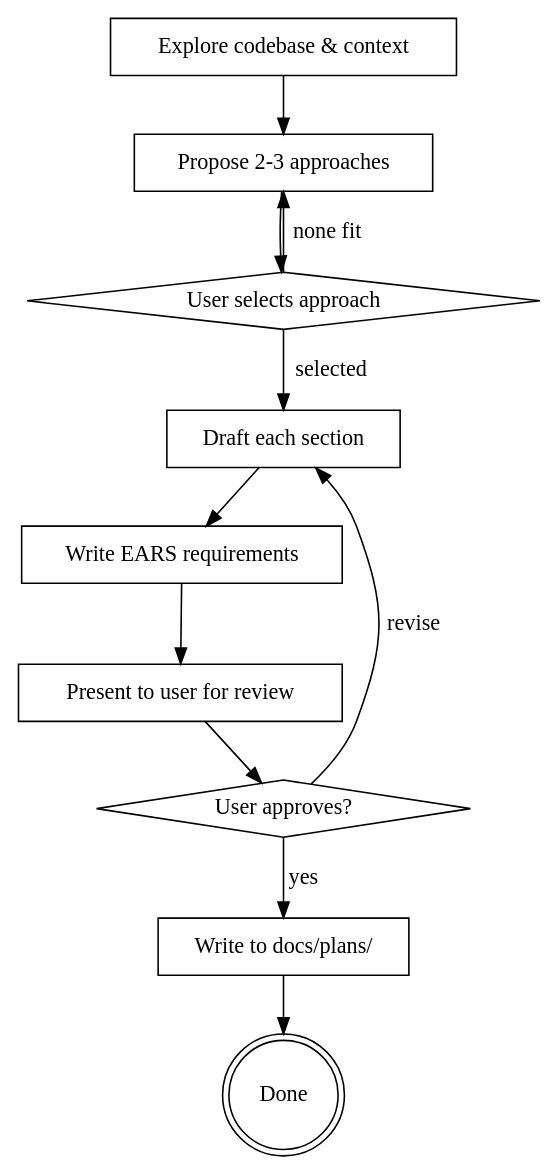
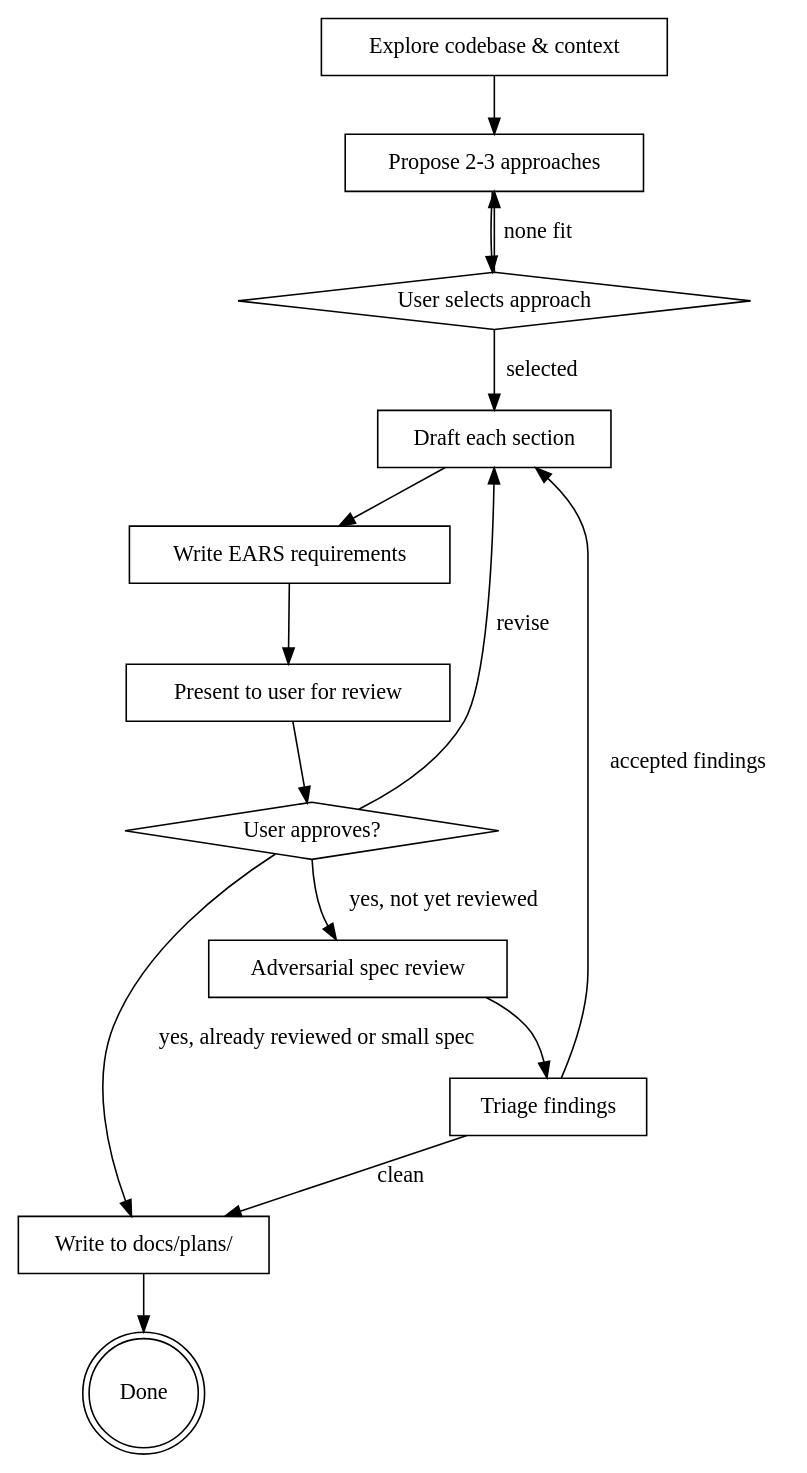
The diagram in skills/writing-specs/SKILL.md (xmtplabs/code-factory), drawn with Graphviz before and after one commit. The commit also changed other lines of this file and 11 other files, not shown here.

First line of the commit message:
Add execute-dynamic-workflow skill and adversarial spec review

````diff
--- a/skills/writing-specs/SKILL.md
+++ b/skills/writing-specs/SKILL.md
@@ -13,24 +13,30 @@
 ```dot
 digraph design_doc {
     "Explore codebase & context" [shape=box];
     "Propose 2-3 approaches" [shape=box];
     "User selects approach" [shape=diamond];
     "Draft each section" [shape=box];
     "Write EARS requirements" [shape=box];
     "Present to user for review" [shape=box];
     "User approves?" [shape=diamond];
+    "Adversarial spec review" [shape=box];
+    "Triage findings" [shape=box];
     "Write to docs/plans/" [shape=box];
     "Done" [shape=doublecircle];
 
     "Explore codebase & context" -> "Propose 2-3 approaches";
     "Propose 2-3 approaches" -> "User selects approach";
     "User selects approach" -> "Propose 2-3 approaches" [label="none fit"];
     "User selects approach" -> "Draft each section" [label="selected"];
     "Draft each section" -> "Write EARS requirements";
     "Write EARS requirements" -> "Present to user for review";
     "Present to user for review" -> "User approves?";
     "User approves?" -> "Draft each section" [label="revise"];
-    "User approves?" -> "Write to docs/plans/" [label="yes"];
+    "User approves?" -> "Adversarial spec review" [label="yes, not yet reviewed"];
+    "User approves?" -> "Write to docs/plans/" [label="yes, already reviewed or small spec"];
+    "Adversarial spec review" -> "Triage findings";
+    "Triage findings" -> "Draft each section" [label="accepted findings"];
+    "Triage findings" -> "Write to docs/plans/" [label="clean"];
     "Write to docs/plans/" -> "Done";
 }
 ```
````
